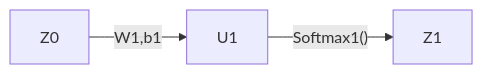
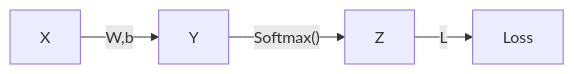
The third of 3 diagrams in Notes-of-Arts-and-Sciecne/智能科学/神经网络/神经网络.md (LizPink/Notes), drawn with Mermaid before and after one commit. The commit also changed other lines of this file and 371 other files, not shown here.

````diff
--- a/Notes-of-Arts-and-Sciecne/智能科学/神经网络/神经网络.md
+++ b/Notes-of-Arts-and-Sciecne/智能科学/神经网络/神经网络.md
@@ -170,4 +355,4 @@
 ```mermaid
 graph LR
-A["Z0"] --"W1,b1"--> B["U1"] --"Softmax1()"--> C["Z1"]
+A["X"] --"W,b"--> B["Y"] --"Softmax()"--> C["Z"] --"L"--> Loss
 ```
````
